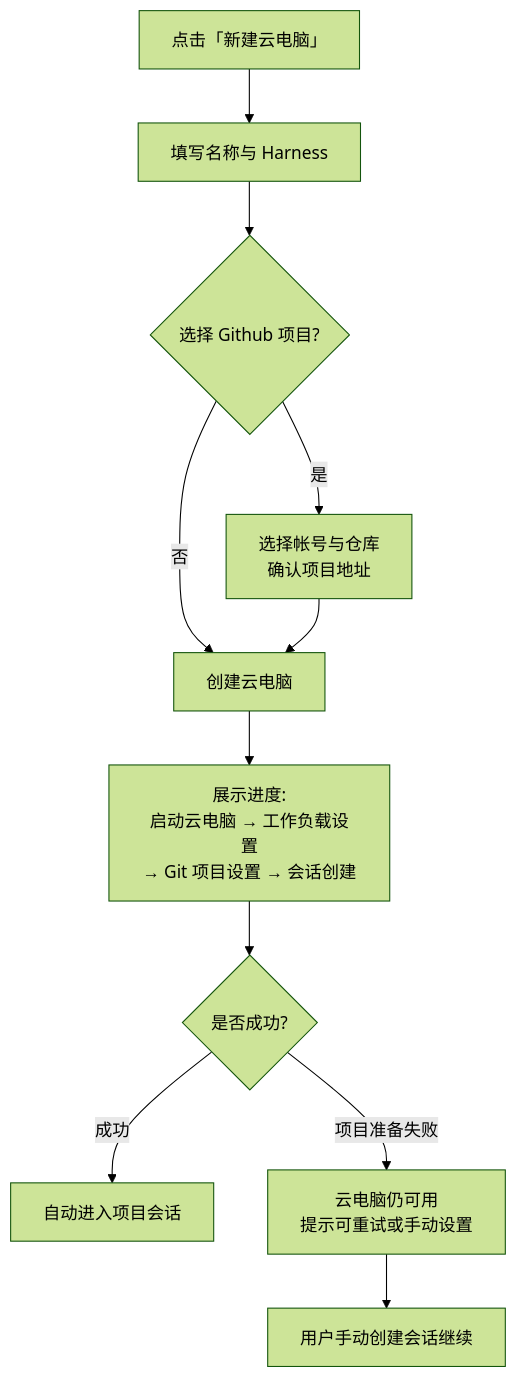
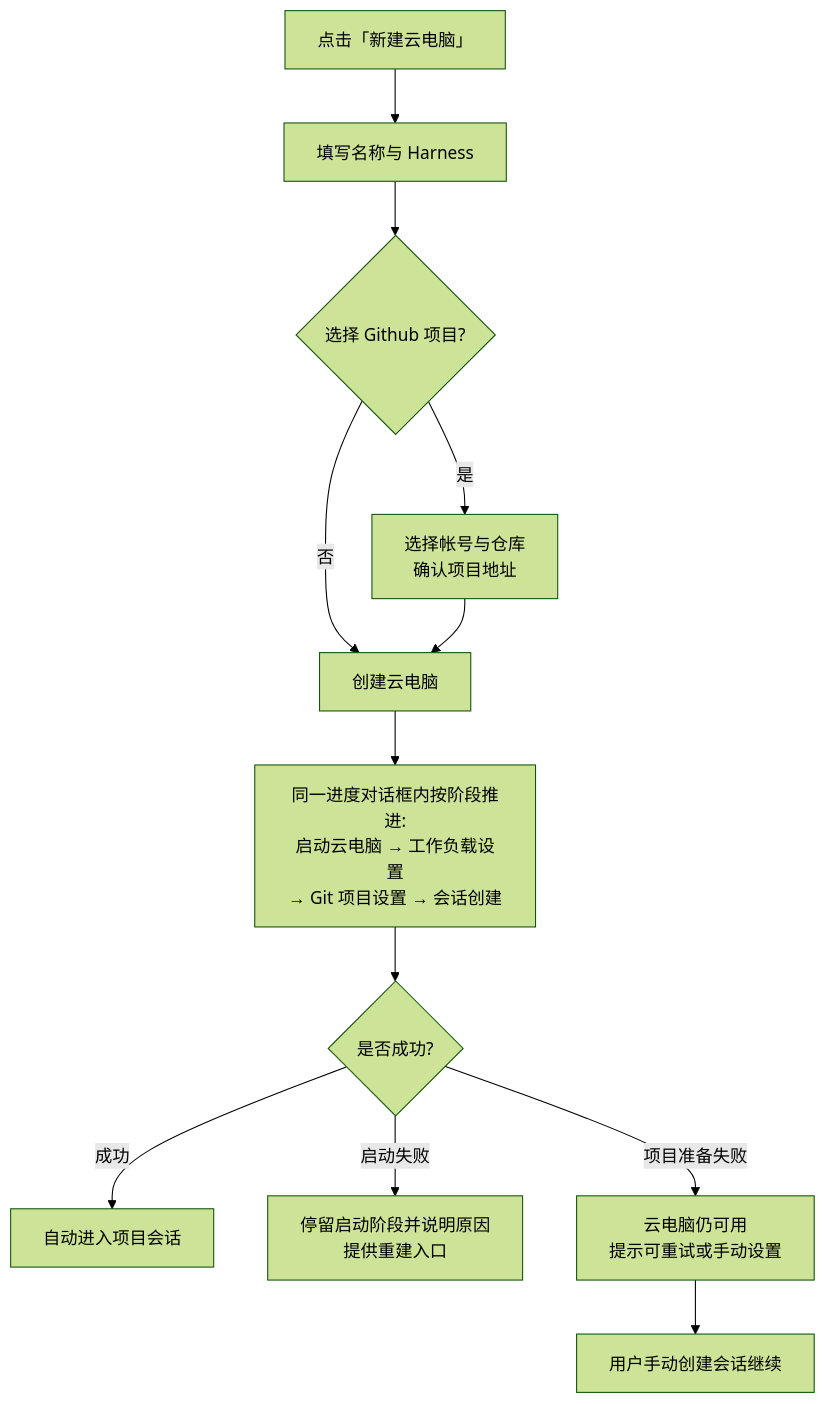
The first of 2 diagrams in docs/product/draft/20261022-cloud-container-optimization-phase1.md (Deliay/z-agent-gear), drawn with Mermaid (forest theme) before and after one commit. The commit also changed other lines of this file and 2 other files, not shown here.

````diff
--- a/docs/product/draft/20261022-cloud-container-optimization-phase1.md
+++ b/docs/product/draft/20261022-cloud-container-optimization-phase1.md
@@ -115,13 +119,14 @@
 ```mermaid
 flowchart TD
     A[点击「新建云电脑」] --> B[填写名称与 Harness]
     B --> C{选择 Github 项目?}
     C -->|否| D[创建云电脑]
     C -->|是| E[选择帐号与仓库<br/>确认项目地址]
     E --> D
-    D --> F[展示进度:<br/>启动云电脑 → 工作负载设置<br/>→ Git 项目设置 → 会话创建]
+    D --> F[同一进度对话框内按阶段推进:<br/>启动云电脑 → 工作负载设置<br/>→ Git 项目设置 → 会话创建]
     F --> G{是否成功?}
     G -->|成功| H[自动进入项目会话]
+    G -->|启动失败| K[停留启动阶段并说明原因<br/>提供重建入口]
     G -->|项目准备失败| I[云电脑仍可用<br/>提示可重试或手动设置]
     I --> J[用户手动创建会话继续]
 ```
````
